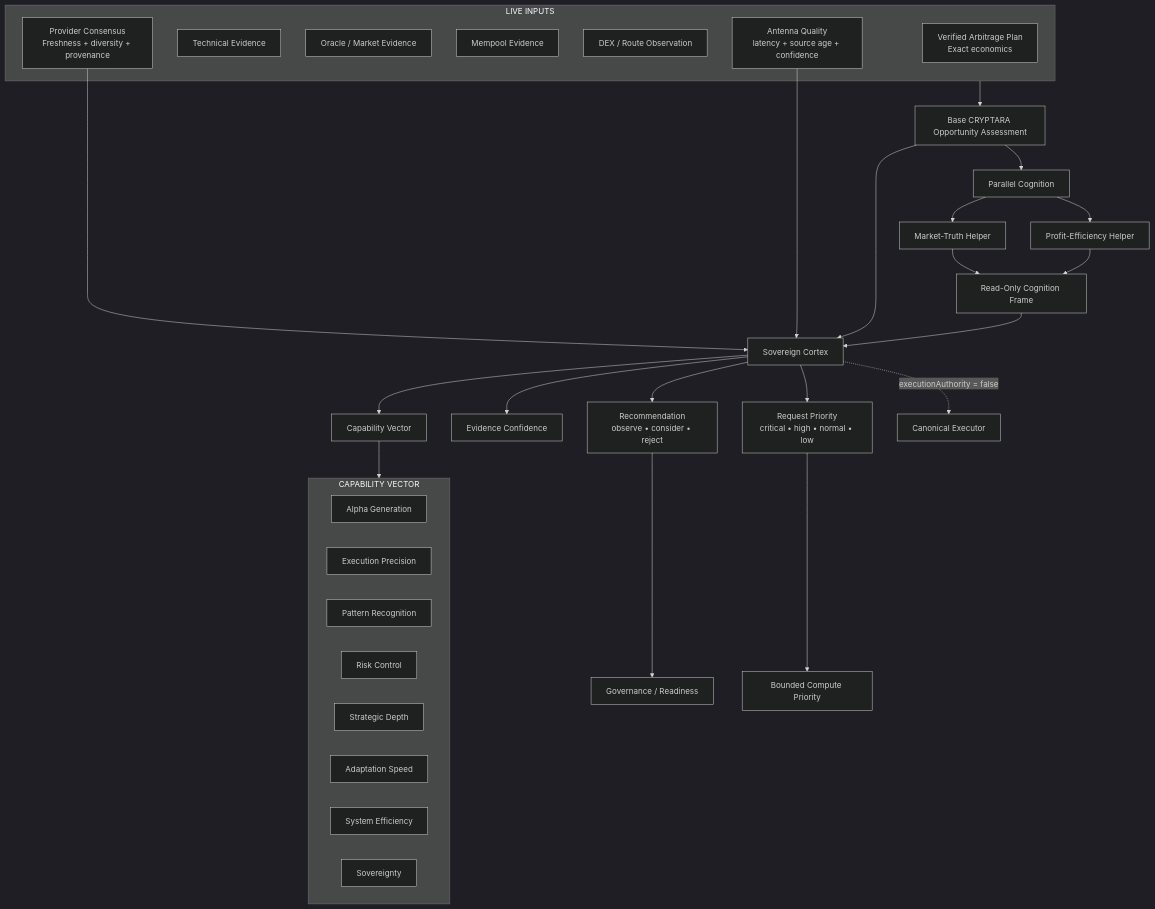
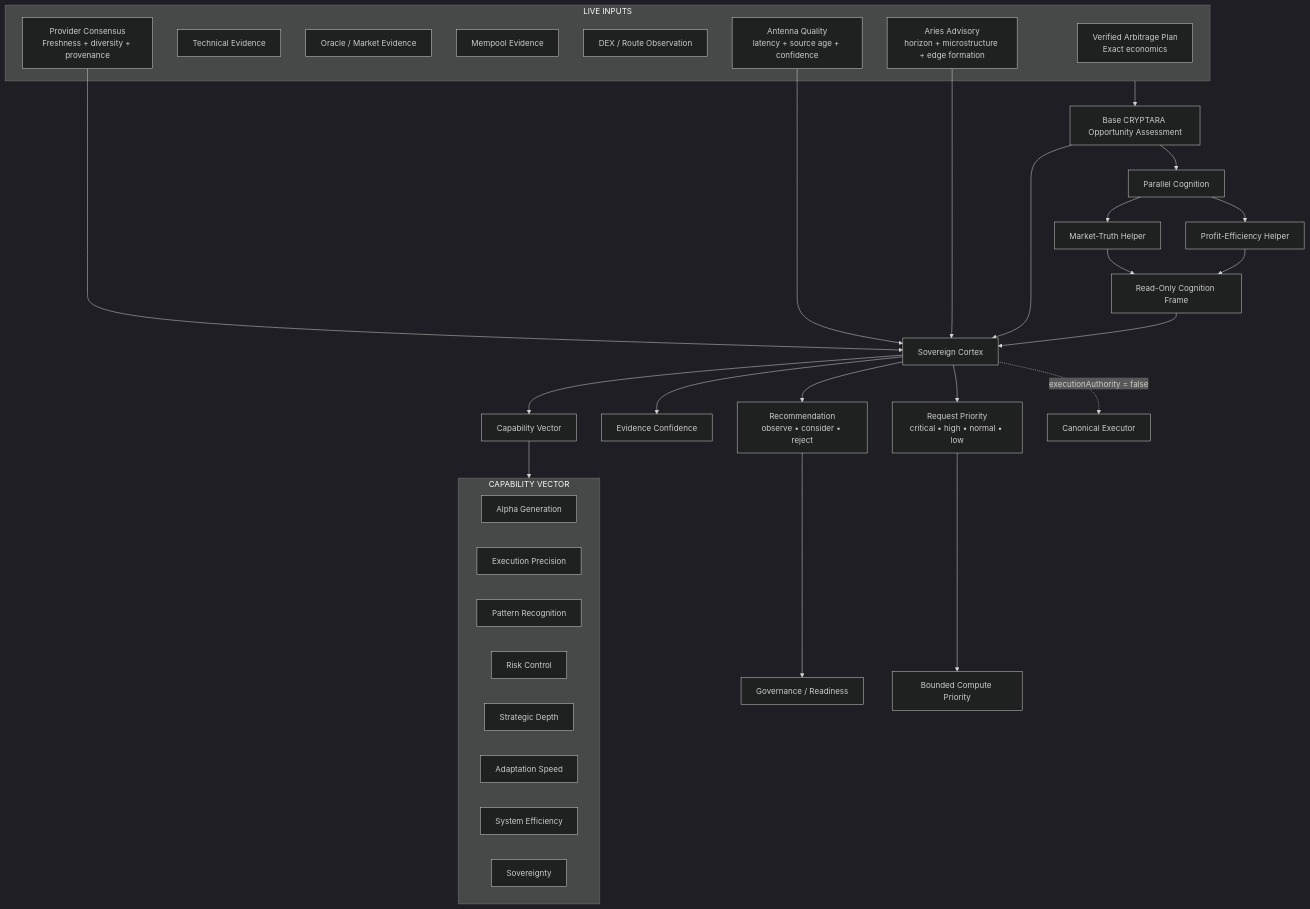
The seventh of 19 diagrams in README.md (Rjdclink/Bad-Blue), drawn with Mermaid (dark theme) before and after one commit. The commit also changed other lines of this file, not shown here.

````diff
--- a/README.md
+++ b/README.md
@@ -362,47 +466,49 @@
 ```mermaid
 flowchart TD
     subgraph INPUTS["LIVE INPUTS"]
         PLAN["Verified Arbitrage Plan\nExact economics"]
         TV["Technical Evidence"]
         ORACLE["Oracle / Market Evidence"]
         MEM["Mempool Evidence"]
         ROUTE["DEX / Route Observation"]
         PROVIDERS["Provider Consensus\nFreshness + diversity + provenance"]
         ANTQ["Antenna Quality\nlatency + source age + confidence"]
+        ARIES["Aries Advisory\nhorizon + microstructure + edge formation"]
     end
 
     INPUTS --> ASSESS["Base CRYPTARA Opportunity Assessment"]
 
     ASSESS --> PAR["Parallel Cognition"]
     PAR --> MT["Market-Truth Helper"]
     PAR --> PE["Profit-Efficiency Helper"]
     MT --> FRAME["Read-Only Cognition Frame"]
     PE --> FRAME
 
     PROVIDERS --> CORTEX["Sovereign Cortex"]
     ANTQ --> CORTEX
+    ARIES --> CORTEX
     ASSESS --> CORTEX
     FRAME --> CORTEX
 
     CORTEX --> VECTOR["Capability Vector"]
     CORTEX --> CONF["Evidence Confidence"]
     CORTEX --> REC["Recommendation\nobserve • consider • reject"]
     CORTEX --> PRI["Request Priority\ncritical • high • normal • low"]
 
     subgraph VECTOR_AXES["CAPABILITY VECTOR"]
         A["Alpha Generation"]
         E["Execution Precision"]
         P["Pattern Recognition"]
         R["Risk Control"]
         S["Strategic Depth"]
         AD["Adaptation Speed"]
         SE["System Efficiency"]
         SO["Sovereignty"]
     end
 
     VECTOR --> VECTOR_AXES
     REC --> GOVERNANCE["Governance / Readiness"]
     PRI --> COMPUTE["Bounded Compute Priority"]
 
     CORTEX -. "executionAuthority = false" .-> EXEC["Canonical Executor"]
 ```
````
